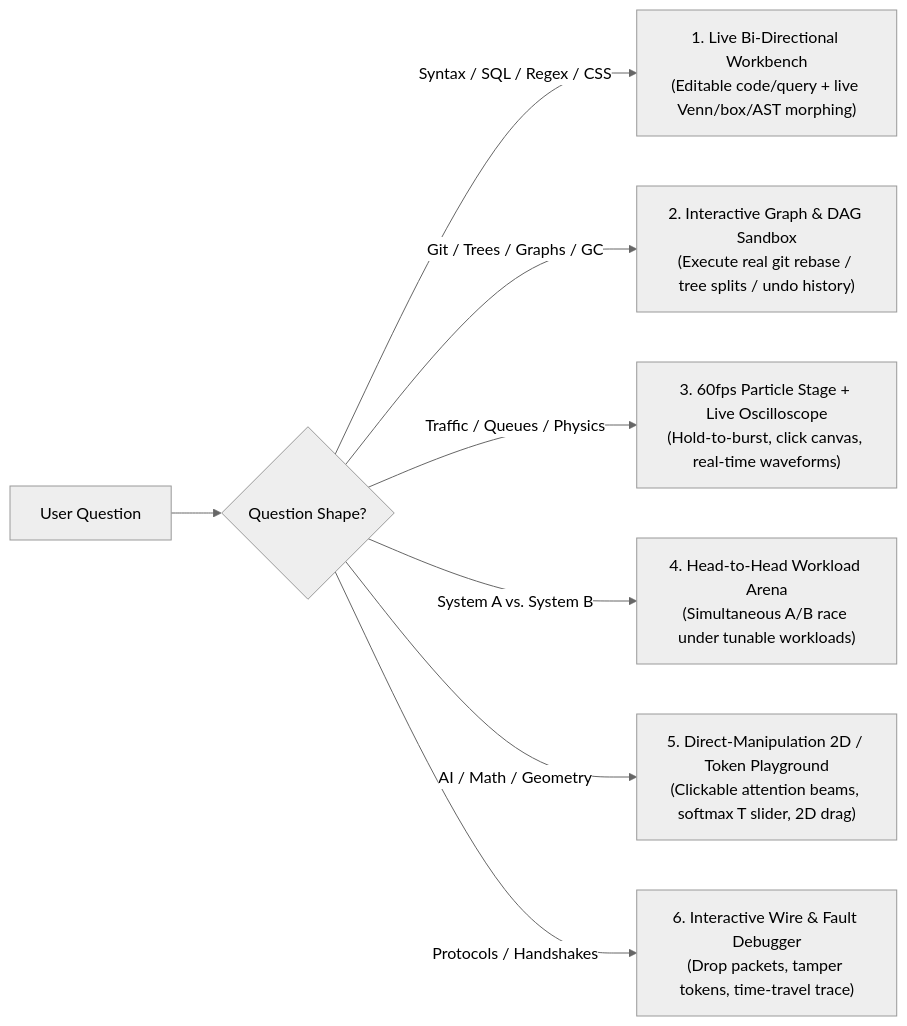
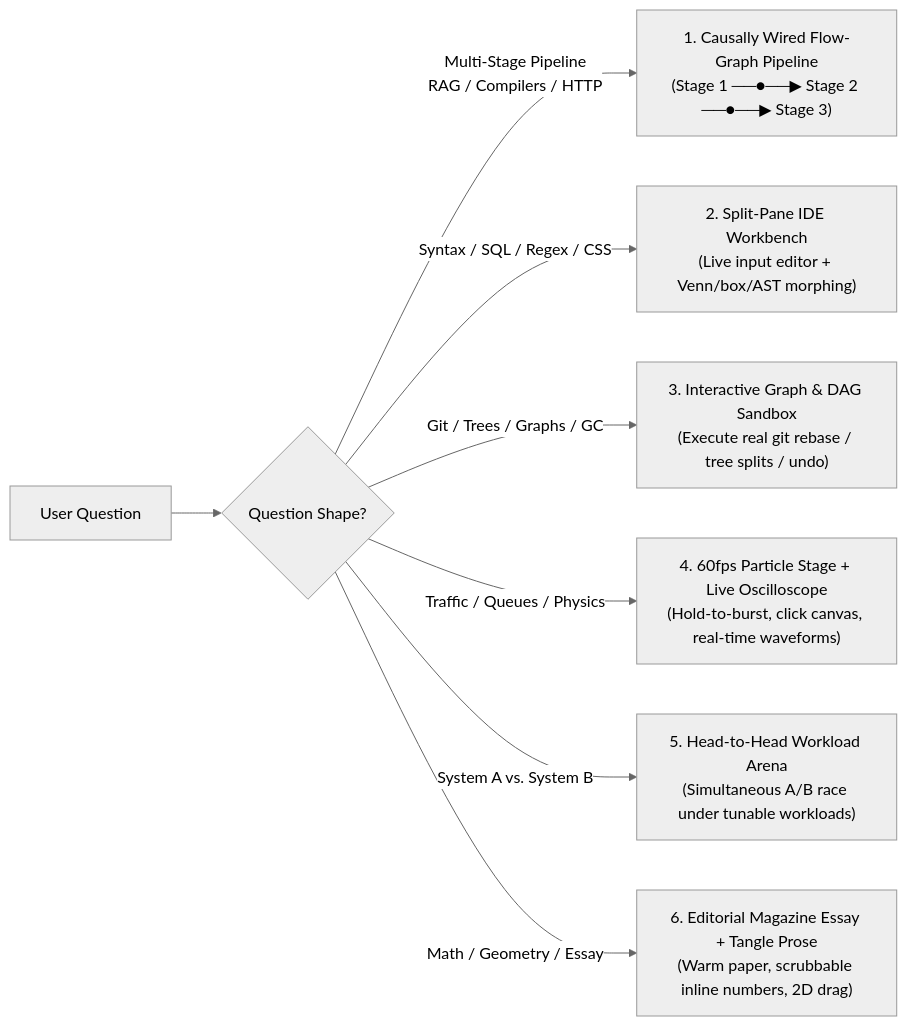
One commit to zxsure/skills changed the diagram in docs/interactive-html.md. Above: the diagram before and after it, drawn with Mermaid (neutral theme). The commit also changed other lines of this file and 7 other files, not shown here.

Commit message:
feat(interactive-html): add causal pipeline wiring, macro topologies, and Tangle scrubbable prose (v1.2.1)

````diff
--- a/docs/interactive-html.md
+++ b/docs/interactive-html.md
@@ -13,10 +13,10 @@
 ```mermaid
 flowchart LR
     Prompt["User Question"] --> Router{"Question Shape?"}
-    Router -->|Syntax / SQL / Regex / CSS| Workbench["1. Live Bi-Directional Workbench<br/>(Editable code/query + live Venn/box/AST morphing)"]
-    Router -->|Git / Trees / Graphs / GC| DAG["2. Interactive Graph & DAG Sandbox<br/>(Execute real git rebase / tree splits / undo history)"]
-    Router -->|Traffic / Queues / Physics| Sim60["3. 60fps Particle Stage + Live Oscilloscope<br/>(Hold-to-burst, click canvas, real-time waveforms)"]
-    Router -->|System A vs. System B| Arena["4. Head-to-Head Workload Arena<br/>(Simultaneous A/B race under tunable workloads)"]
-    Router -->|AI / Math / Geometry| Matrix["5. Direct-Manipulation 2D / Token Playground<br/>(Clickable attention beams, softmax T slider, 2D drag)"]
-    Router -->|Protocols / Handshakes| Trace["6. Interactive Wire & Fault Debugger<br/>(Drop packets, tamper tokens, time-travel trace)"]
+    Router -->|Multi-Stage Pipeline<br/>RAG / Compilers / HTTP| Pipeline["1. Causally Wired Flow-Graph Pipeline<br/>(Stage 1 ──●──▶ Stage 2 ──●──▶ Stage 3)"]
+    Router -->|Syntax / SQL / Regex / CSS| Workbench["2. Split-Pane IDE Workbench<br/>(Live input editor + Venn/box/AST morphing)"]
+    Router -->|Git / Trees / Graphs / GC| DAG["3. Interactive Graph & DAG Sandbox<br/>(Execute real git rebase / tree splits / undo)"]
+    Router -->|Traffic / Queues / Physics| Sim60["4. 60fps Particle Stage + Live Oscilloscope<br/>(Hold-to-burst, click canvas, real-time waveforms)"]
+    Router -->|System A vs. System B| Arena["5. Head-to-Head Workload Arena<br/>(Simultaneous A/B race under tunable workloads)"]
+    Router -->|Math / Geometry / Essay| Essay["6. Editorial Magazine Essay + Tangle Prose<br/>(Warm paper, scrubbable inline numbers, 2D drag)"]
 ```
````
